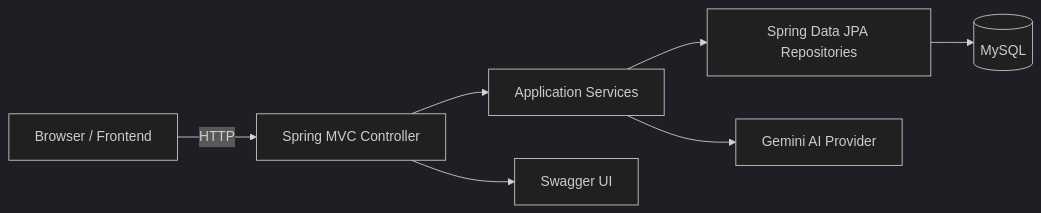
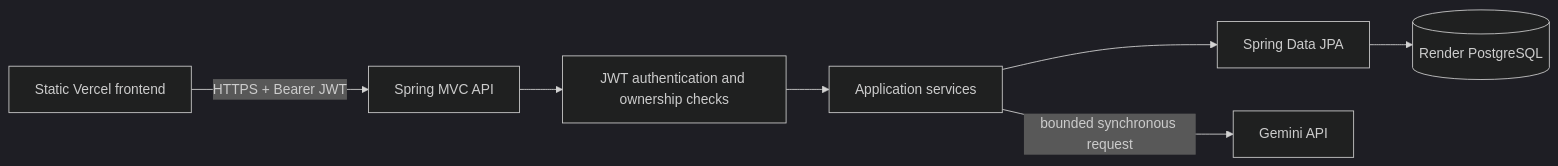
Before and after one commit to programer12345anwar/AI-Code-Reviewer-Monolithic-Application: the diagram in docs/architecture.md, drawn with Mermaid (dark theme). The commit also changed other lines of this file and 62 other files, not shown here.

````diff
--- a/docs/architecture.md
+++ b/docs/architecture.md
@@ -3,9 +3,9 @@
 ```mermaid
 flowchart LR
-    User[Browser / Frontend] -->|HTTP| Controller[Spring MVC Controller]
-    Controller --> Service[Application Services]
-    Service --> Repo[Spring Data JPA Repositories]
-    Repo --> DB[(MySQL)]
-    Service --> AI[Gemini AI Provider]
-    Controller --> Docs[Swagger UI]
+    Browser[Static Vercel frontend] -->|HTTPS + Bearer JWT| API[Spring MVC API]
+    API --> Security[JWT authentication and ownership checks]
+    Security --> Services[Application services]
+    Services --> Repositories[Spring Data JPA]
+    Repositories --> PostgreSQL[(Render PostgreSQL)]
+    Services -->|bounded synchronous request| Gemini[Gemini API]
 ```
````
